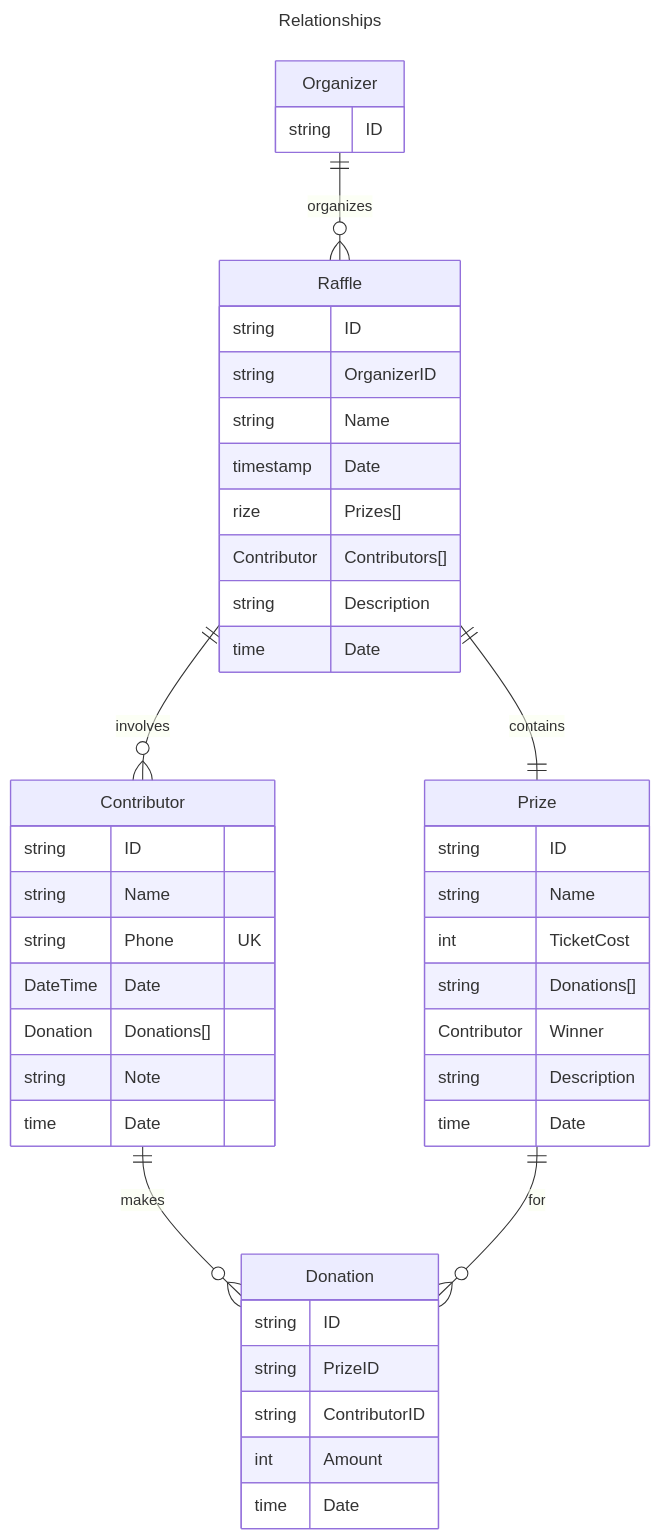
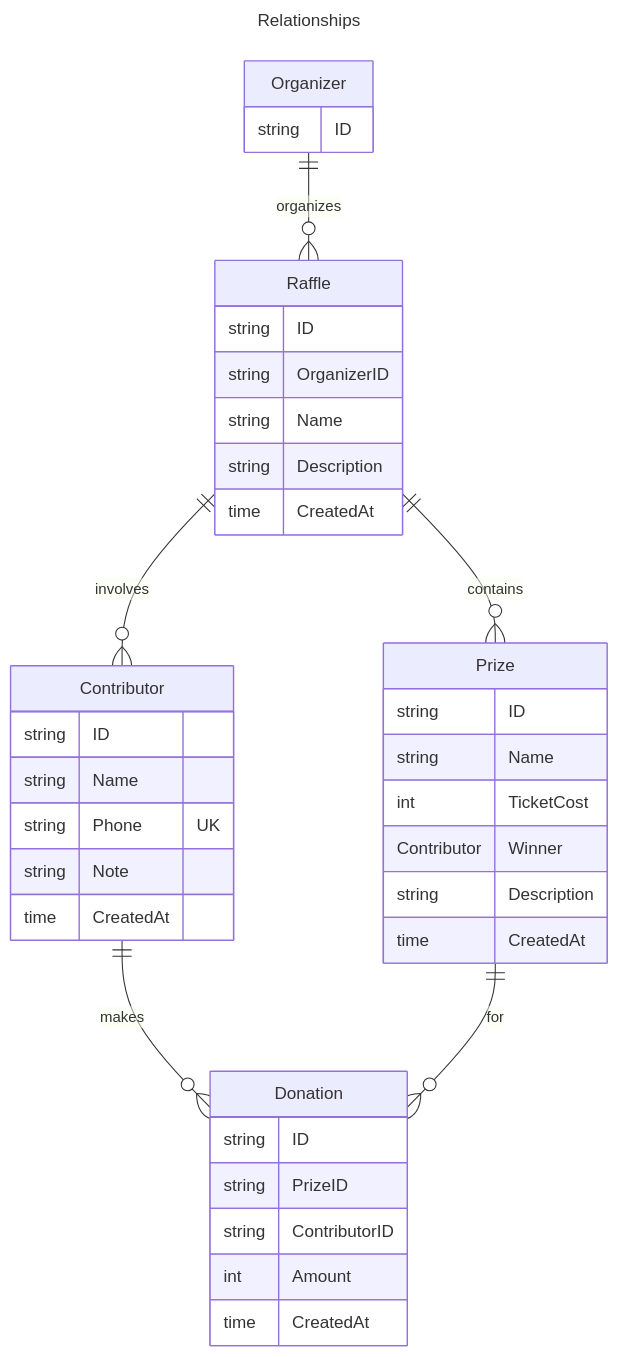
One commit to bluegophercult/yarmarok changed the second of 2 diagrams in README.md. Above: the diagram before and after it, drawn with Mermaid. The commit also changed 14 other files, not shown here.

````diff
--- a/README.md
+++ b/README.md
@@ -71,54 +71,48 @@
 ```mermaid
 ---
 title: Relationships
 ---
 erDiagram
     Organizer {
         string ID
     }
 
     Raffle {
         string ID
         string OrganizerID
         string Name
-        timestamp Date
-        rize Prizes[]
-        Contributor Contributors[]
         string Description
-        time Date
+        time CreatedAt
     }
 
     Prize {
         string ID
         string Name
         int TicketCost
-        string Donations[]
         Contributor Winner
         string Description
-        time Date
+        time CreatedAt
     }
 
     Contributor {
         string ID
         string Name
         string Phone UK
-        DateTime Date
-        Donation Donations[]
         string Note
-        time Date
+        time CreatedAt
     }
 
     Donation {
         string ID
         string PrizeID
         string ContributorID
         int Amount
-        time Date
+        time CreatedAt
     }
 
     Organizer ||--o{ Raffle: organizes
-    Raffle ||--|| Prize: contains
+    Raffle ||--o{ Prize: contains
     Raffle ||--o{ Contributor: involves
     Contributor ||--o{ Donation: makes
-    Prize ||--o{  Donation: for
+    Prize ||--o{ Donation: for
 ```
````
